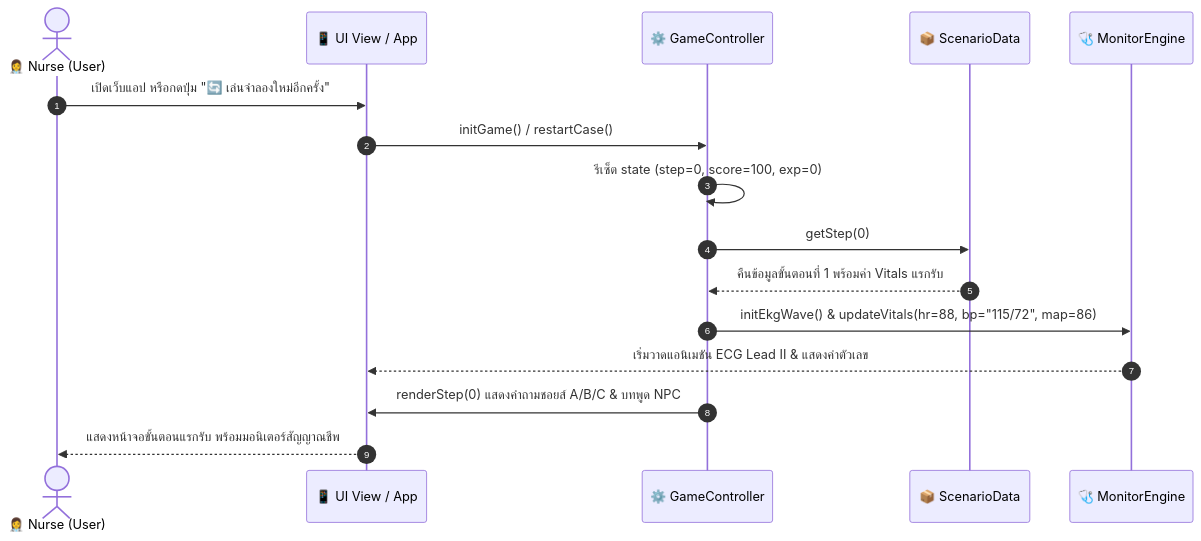
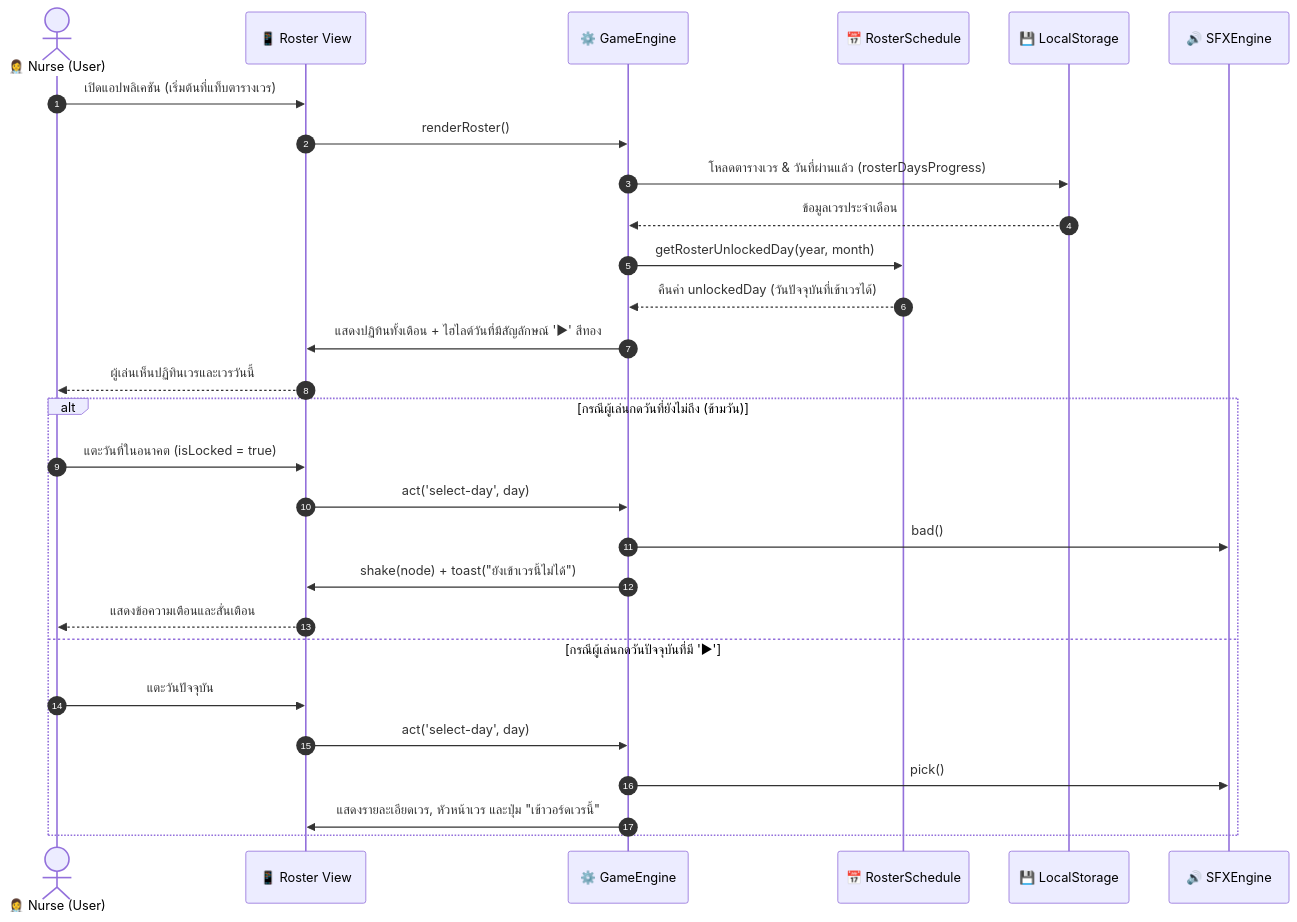
The first of 5 diagrams in docs/SEQUENCE_DIAGRAMS.md (superxsiwa/a-ward), drawn with Mermaid before and after one commit. The commit also changed other lines of this file and 3 other files, not shown here.

````diff
--- a/docs/SEQUENCE_DIAGRAMS.md
+++ b/docs/SEQUENCE_DIAGRAMS.md
@@ -10,19 +13,32 @@
 ```mermaid
 sequenceDiagram
     autonumber
     actor Nurse as 👩‍⚕️ Nurse (User)
-    participant UI as 📱 UI View / App
-    participant Game as ⚙️ GameController
-    participant CaseData as 📦 ScenarioData
-    participant Monitor as 🩺 MonitorEngine
+    participant UI as 📱 Roster View
+    participant Engine as ⚙️ GameEngine
+    participant Roster as 📅 RosterSchedule
+    participant Storage as 💾 LocalStorage
+    participant SFX as 🔊 SFXEngine
 
-    Nurse ->> UI: เปิดเว็บแอป หรือกดปุ่ม "🔄 เล่นจำลองใหม่อีกครั้ง"
-    UI ->> Game: initGame() / restartCase()
-    Game ->> Game: รีเซ็ต state (step=0, score=100, exp=0)
-    Game ->> CaseData: getStep(0)
-    CaseData -->> Game: คืนข้อมูลขั้นตอนที่ 1 พร้อมค่า Vitals แรกรับ
-    Game ->> Monitor: initEkgWave() & updateVitals(hr=88, bp="115/72", map=86)
-    Monitor -->> UI: เริ่มวาดแอนิเมชัน ECG Lead II & แสดงค่าตัวเลข
-    Game ->> UI: renderStep(0) แสดงคำถามชอยส์ A/B/C & บทพูด NPC
-    UI -->> Nurse: แสดงหน้าจอขั้นตอนแรกรับ พร้อมมอนิเตอร์สัญญาณชีพ
+    Nurse ->> UI: เปิดแอปพลิเคชัน (เริ่มต้นที่แท็บตารางเวร)
+    UI ->> Engine: renderRoster()
+    Engine ->> Storage: โหลดตารางเวร & วันที่ผ่านแล้ว (rosterDaysProgress)
+    Storage -->> Engine: ข้อมูลเวรประจำเดือน
+    Engine ->> Roster: getRosterUnlockedDay(year, month)
+    Roster -->> Engine: คืนค่า unlockedDay (วันปัจจุบันที่เข้าเวรได้)
+    Engine ->> UI: แสดงปฏิทินทั้งเดือน + ไฮไลต์วันที่มีสัญลักษณ์ '▶' สีทอง
+    UI -->> Nurse: ผู้เล่นเห็นปฏิทินเวรและเวรวันนี้
+
+    alt กรณีผู้เล่นกดวันที่ยังไม่ถึง (ข้ามวัน)
+        Nurse ->> UI: แตะวันที่ในอนาคต (isLocked = true)
+        UI ->> Engine: act('select-day', day)
+        Engine ->> SFX: bad()
+        Engine ->> UI: shake(node) + toast("ยังเข้าเวรนี้ไม่ได้")
+        UI -->> Nurse: แสดงข้อความเตือนและสั่นเตือน
+    else กรณีผู้เล่นกดวันปัจจุบันที่มี '▶'
+        Nurse ->> UI: แตะวันปัจจุบัน
+        UI ->> Engine: act('select-day', day)
+        Engine ->> SFX: pick()
+        Engine ->> UI: แสดงรายละเอียดเวร, หัวหน้าเวร และปุ่ม "เข้าวอร์ดเวรนี้"
+    end
 ```
````
